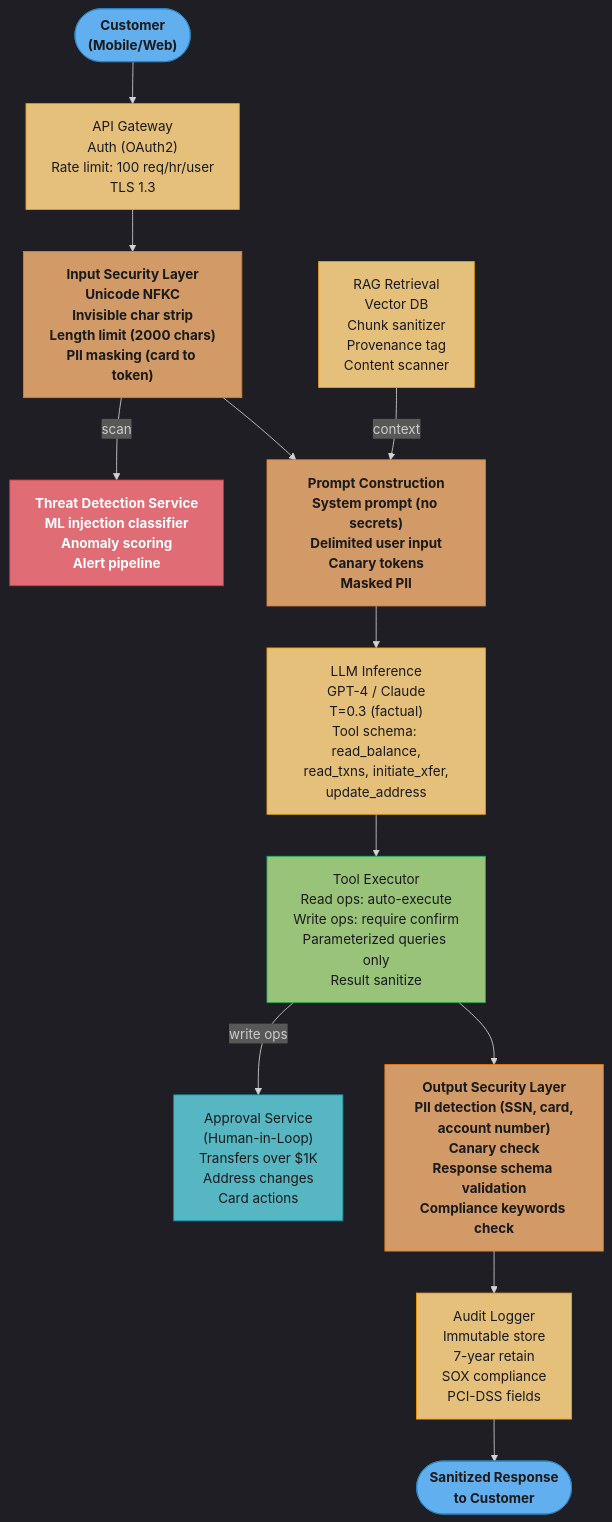
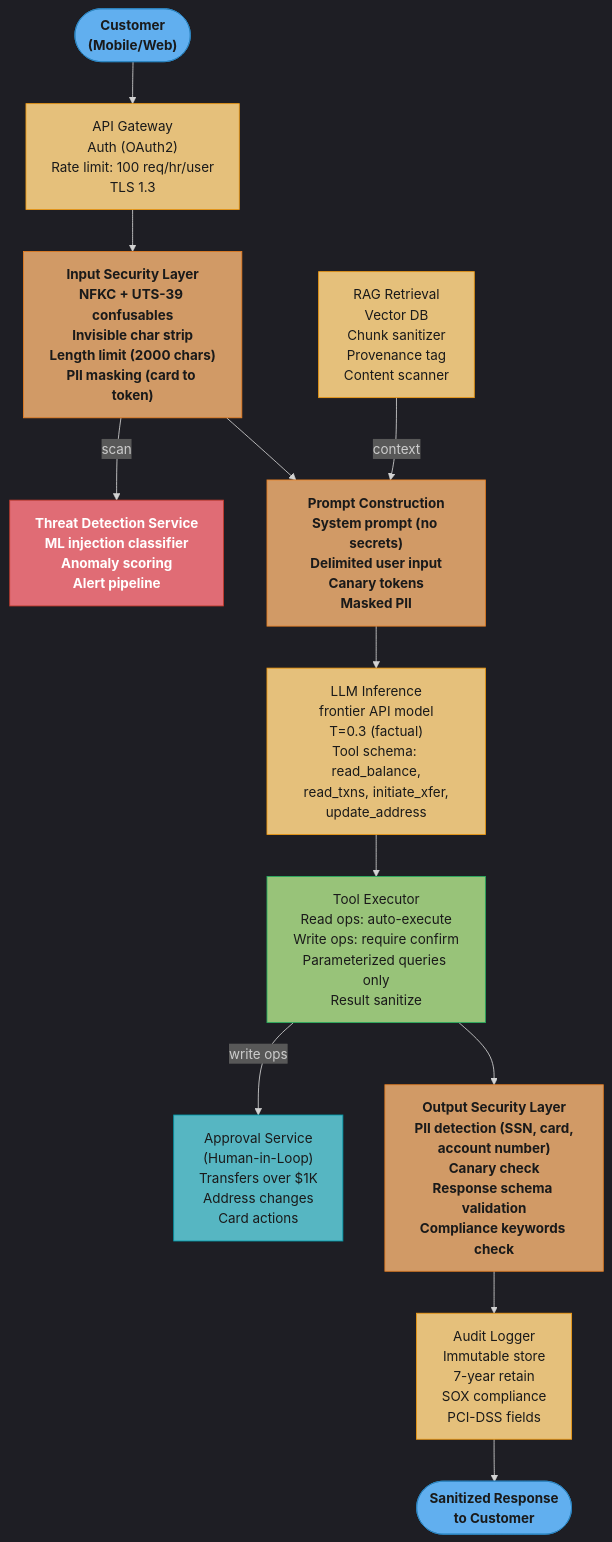
One commit to rppol/system-design changed the third of 3 diagrams in src/main/java/com/rutik/systemdesign/llm/llm_security/README.md. Above: the diagram before and after it, drawn with Mermaid. The commit also changed other lines of this file and 113 other files, not shown here.

First line of the commit message:
fix(llm): factual audit pass 1 — 2026 grounding across 114 files

````diff
--- a/src/main/java/com/rutik/systemdesign/llm/llm_security/README.md
+++ b/src/main/java/com/rutik/systemdesign/llm/llm_security/README.md
@@ -995,39 +1027,39 @@
 ```mermaid
 %%{init: {'flowchart': {'curve': 'basis'}, 'theme': 'dark'}}%%
 flowchart TD
     classDef io      fill:#61afef,stroke:#2e86c1,color:#1a1a1a,font-weight:bold
     classDef frozen  fill:#c678dd,stroke:#9b59b6,color:#fff
     classDef train   fill:#98c379,stroke:#27ae60,color:#1a1a1a
     classDef mathOp  fill:#d19a66,stroke:#e67e22,color:#1a1a1a,font-weight:bold
     classDef lossN   fill:#e06c75,stroke:#c0392b,color:#fff,font-weight:bold
     classDef req     fill:#56b6c2,stroke:#0097a7,color:#1a1a1a
     classDef base    fill:#e5c07b,stroke:#f39c12,color:#1a1a1a
 
     CUST(["Customer<br/>(Mobile/Web)"])
     GW["API Gateway<br/>Auth (OAuth2)<br/>Rate limit: 100 req/hr/user<br/>TLS 1.3"]
-    ISEC["Input Security Layer<br/>Unicode NFKC<br/>Invisible char strip<br/>Length limit (2000 chars)<br/>PII masking (card to token)"]
+    ISEC["Input Security Layer<br/>NFKC + UTS-39 confusables<br/>Invisible char strip<br/>Length limit (2000 chars)<br/>PII masking (card to token)"]
     THREAT["Threat Detection Service<br/>ML injection classifier<br/>Anomaly scoring<br/>Alert pipeline"]
     PROMPT["Prompt Construction<br/>System prompt (no secrets)<br/>Delimited user input<br/>Canary tokens<br/>Masked PII"]
     RAG["RAG Retrieval<br/>Vector DB<br/>Chunk sanitizer<br/>Provenance tag<br/>Content scanner"]
-    LLM["LLM Inference<br/>GPT-4 / Claude<br/>T=0.3 (factual)<br/>Tool schema: read_balance,<br/>read_txns, initiate_xfer,<br/>update_address"]
+    LLM["LLM Inference<br/>frontier API model<br/>T=0.3 (factual)<br/>Tool schema: read_balance,<br/>read_txns, initiate_xfer,<br/>update_address"]
     EXEC["Tool Executor<br/>Read ops: auto-execute<br/>Write ops: require confirm<br/>Parameterized queries only<br/>Result sanitize"]
     APPROVE["Approval Service<br/>(Human-in-Loop)<br/>Transfers over $1K<br/>Address changes<br/>Card actions"]
     OSEC["Output Security Layer<br/>PII detection (SSN, card,<br/>account number)<br/>Canary check<br/>Response schema validation<br/>Compliance keywords check"]
     AUDIT["Audit Logger<br/>Immutable store<br/>7-year retain<br/>SOX compliance<br/>PCI-DSS fields"]
     RESP(["Sanitized Response<br/>to Customer"])
 
     CUST --> GW --> ISEC
     ISEC -->|scan| THREAT
     ISEC --> PROMPT
     RAG -->|context| PROMPT
     PROMPT --> LLM --> EXEC
     EXEC -->|write ops| APPROVE
     EXEC --> OSEC --> AUDIT --> RESP
 
     class CUST,RESP io
     class GW,RAG,LLM,AUDIT base
     class ISEC,PROMPT,OSEC mathOp
     class EXEC train
     class THREAT lossN
     class APPROVE req
 ```
````
